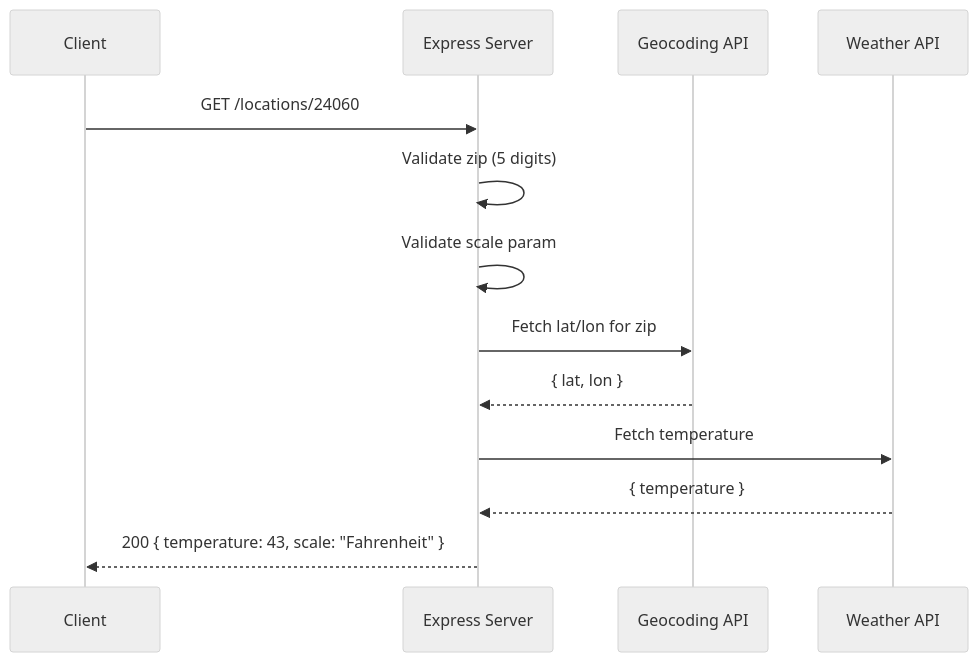
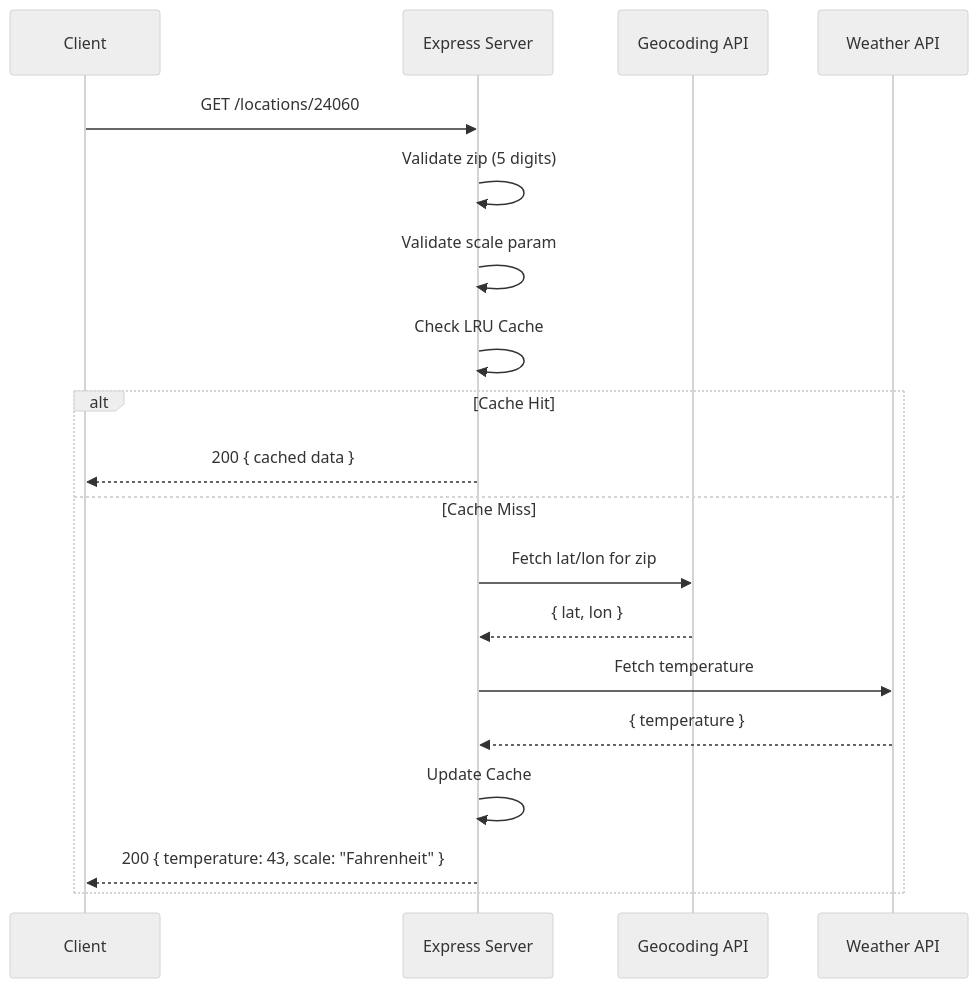
The second of 2 diagrams in README.md (Arnav2525/cyber-range-weather-api), drawn with Mermaid (neutral theme) before and after one commit. The commit also changed other lines of this file, not shown here.

````diff
--- a/README.md
+++ b/README.md
@@ -41,16 +116,22 @@
 ```mermaid
 sequenceDiagram
     participant C as Client
     participant S as Express Server
     participant G as Geocoding API
     participant W as Weather API
 
     C->>S: GET /locations/24060
     S->>S: Validate zip (5 digits)
     S->>S: Validate scale param
-    S->>G: Fetch lat/lon for zip
-    G-->>S: { lat, lon }
-    S->>W: Fetch temperature
-    W-->>S: { temperature }
-    S-->>C: 200 { temperature: 43, scale: "Fahrenheit" }
+    S->>S: Check LRU Cache
+    alt Cache Hit
+        S-->>C: 200 { cached data }
+    else Cache Miss
+        S->>G: Fetch lat/lon for zip
+        G-->>S: { lat, lon }
+        S->>W: Fetch temperature
+        W-->>S: { temperature }
+        S->>S: Update Cache
+        S-->>C: 200 { temperature: 43, scale: "Fahrenheit" }
+    end
 ```
````
